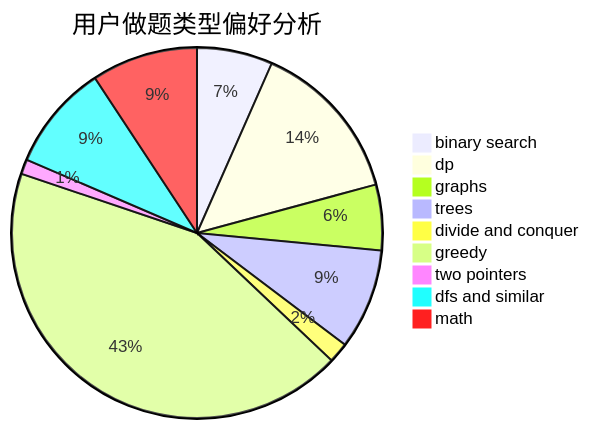
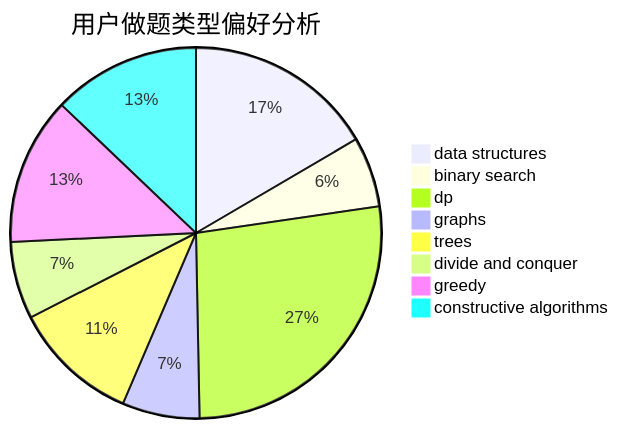
Before and after one commit to sherpahu/cfrs.github.io: the second of 3 diagrams in docs/user/u1337.md, drawn with Mermaid. The commit also changed other lines of this file and 2775 other files, not shown here.

````diff
--- a/docs/user/u1337.md
+++ b/docs/user/u1337.md
@@ -23,12 +23,11 @@
 ```mermaid
 pie title 用户做题类型偏好分析
-    "binary search" :  82
-    "dp" :  176
-    "graphs" :  71
-    "trees" :  109
+    "data structures" :  54
+    "binary search" :  20
+    "dp" :  88
+    "graphs" :  22
+    "trees" :  36
     "divide and conquer" :  22
-    "greedy" :  535
-    "two pointers" :  16
-    "dfs and similar" :  115
-    "math" :  115
+    "greedy" :  42
+    "constructive algorithms" :  42
 ```
````
